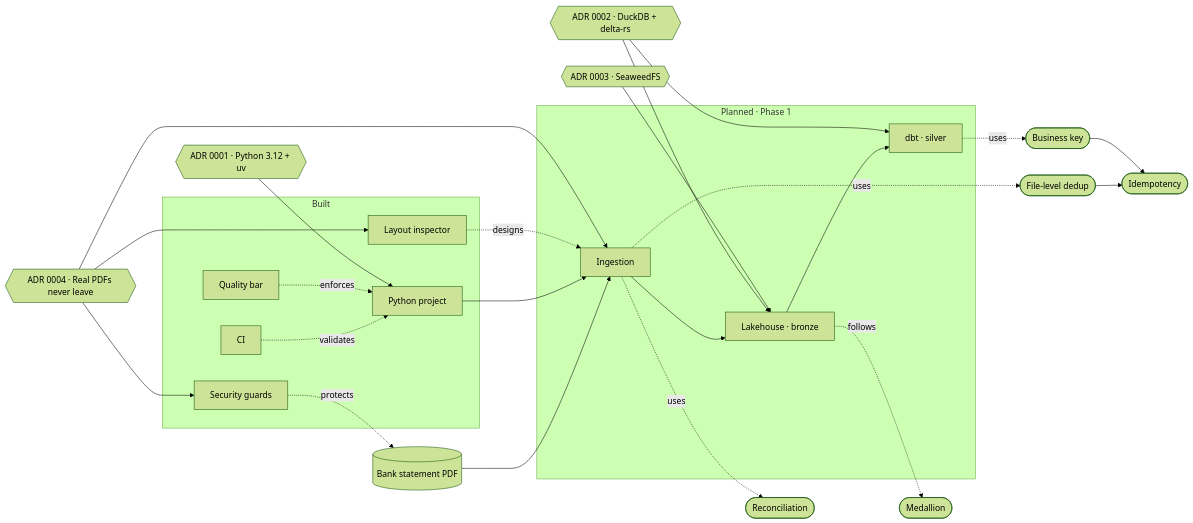
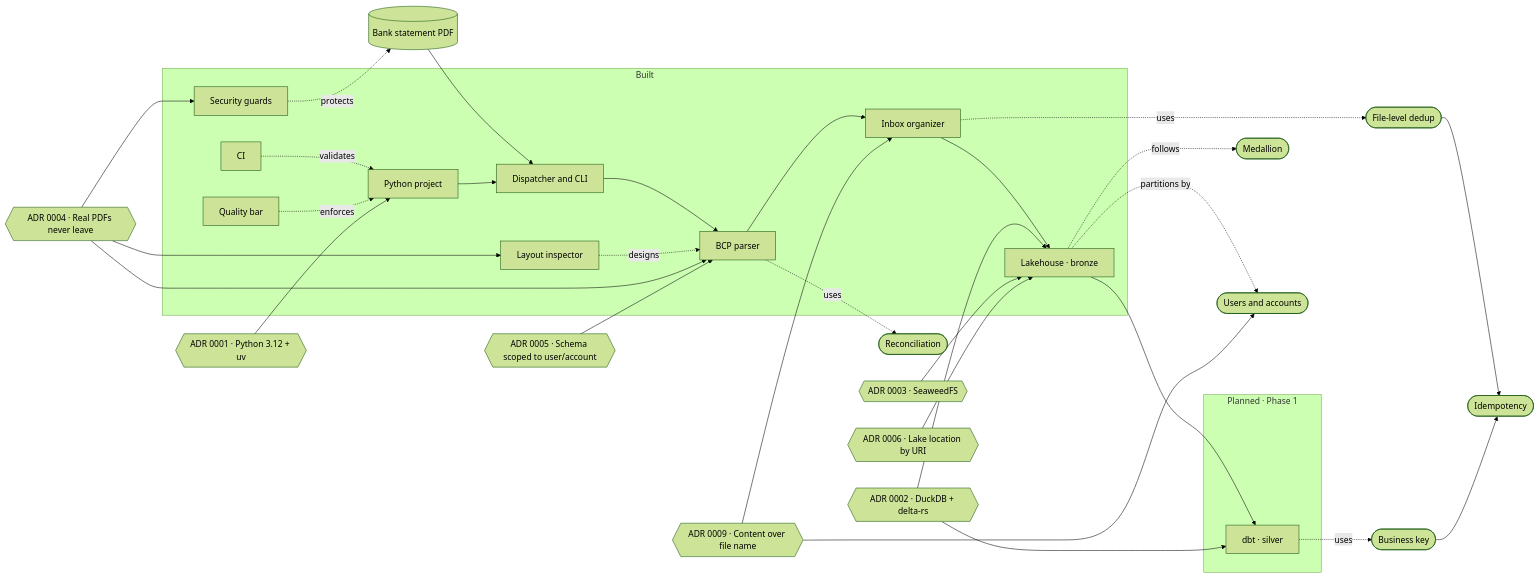
The diagram in brain/README.md (PieroRios2000/personal-finance-platform), drawn with Mermaid (forest theme) before and after one commit. The commit also changed other lines of this file, not shown here.

Commit message:
docs: sync brain/README.md's map and index with the current brain
The relationship diagram and index table hadn't been updated since T12
(dispatcher/CLI): missing the BCP parser, inbox organizer and lakehouse
components, and ADRs 0005/0006/0007/0009. Adds them to both, and a few
new relationship edges (ADR 0005 -> BCP parser, ADR 0006 -> lakehouse,
ADR 0009 -> inbox organizer and Users and accounts, lakehouse ->
Users and accounts).

Found while building an artifact that renders brain/ for Piero to
browse — the artifact's own copy of this diagram had to be corrected
to stay accurate, which is what prompted fixing the source here too.

Claude-Session: https://claude.ai/code/session_01BZtrfKgffHsxxpdnAhxyhy

````diff
--- a/brain/README.md
+++ b/brain/README.md
@@ -12,40 +12,47 @@
 ```mermaid
 flowchart LR
     PDF[("Bank statement PDF")]
 
     subgraph built["Built"]
         GS["Security guards"]
         PY["Python project"]
         CI["CI"]
         INS["Layout inspector"]
         CAL["Quality bar"]
+        CLID["Dispatcher and CLI"]
+        BCP["BCP parser"]
+        ORG["Inbox organizer"]
+        LAKE["Lakehouse · bronze"]
     end
 
     subgraph planned["Planned · Phase 1"]
-        ING["Ingestion"]
-        LAKE["Lakehouse · bronze"]
         DBT["dbt · silver"]
     end
 
-    PDF --> ING --> LAKE --> DBT
-    PY --> ING
+    PDF --> CLID --> BCP --> ORG --> LAKE --> DBT
+    PY --> CLID
     CI -. validates .-> PY
     GS -. protects .-> PDF
-    INS -. designs .-> ING
+    INS -. designs .-> BCP
     CAL -. enforces .-> PY
 
-    ING -. uses .-> REC(["Reconciliation"])
-    ING -. uses .-> DED(["File-level dedup"])
+    BCP -. uses .-> REC(["Reconciliation"])
+    ORG -. uses .-> DED(["File-level dedup"])
     LAKE -. follows .-> MED(["Medallion"])
+    LAKE -. partitions by .-> UA(["Users and accounts"])
     DBT -. uses .-> BK(["Business key"])
     DED --> IDE(["Idempotency"])
     BK --> IDE
 
     A1{{"ADR 0001 · Python 3.12 + uv"}} --> PY
     A2{{"ADR 0002 · DuckDB + delta-rs"}} --> LAKE
     A2 --> DBT
     A3{{"ADR 0003 · SeaweedFS"}} --> LAKE
     A4{{"ADR 0004 · Real PDFs never leave"}} --> GS
-    A4 --> ING
+    A4 --> BCP
     A4 --> INS
+    A5{{"ADR 0005 · Schema scoped to user/account"}} --> BCP
+    A6{{"ADR 0006 · Lake location by URI"}} --> LAKE
+    A9{{"ADR 0009 · Content over file name"}} --> ORG
+    A9 --> UA
 ```
````
